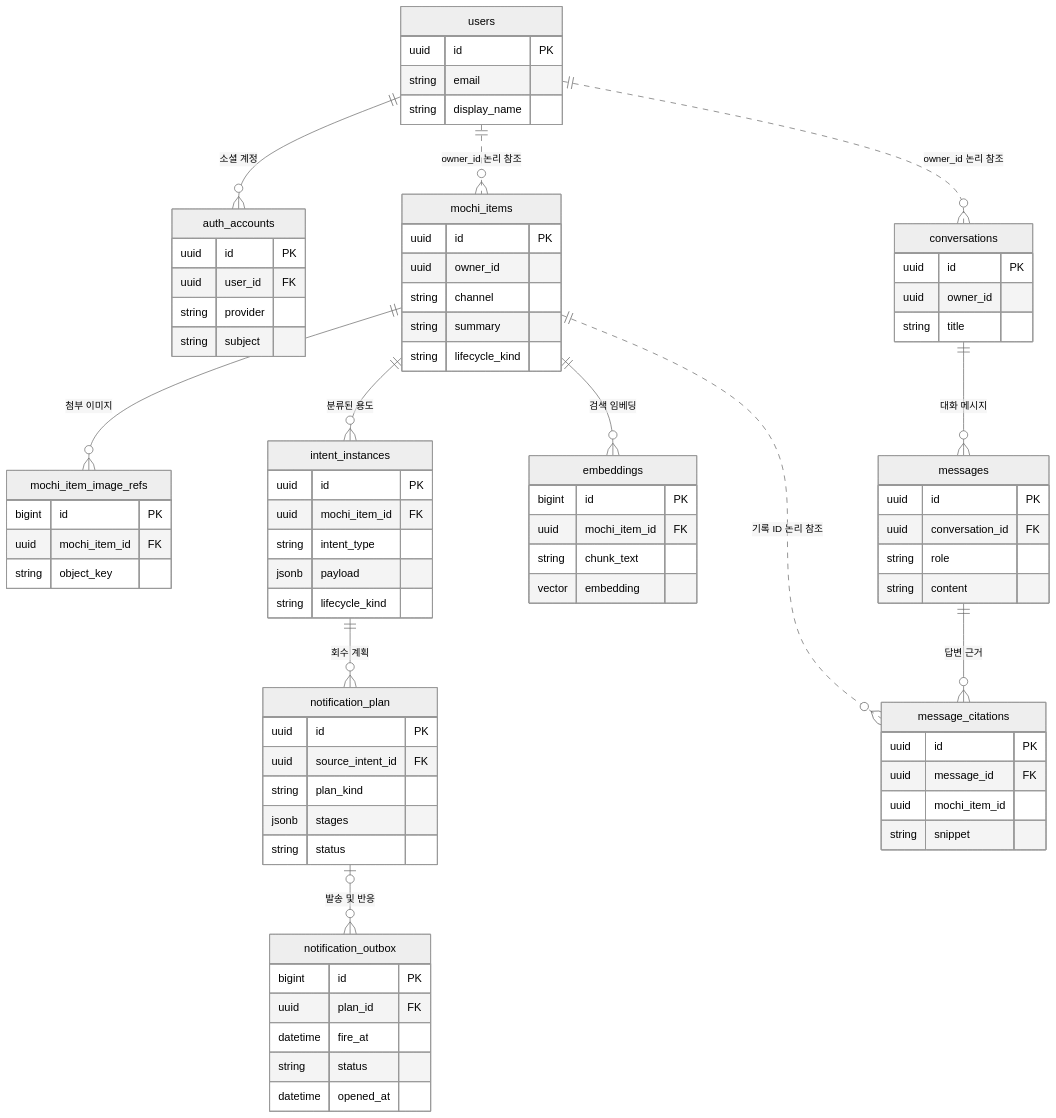
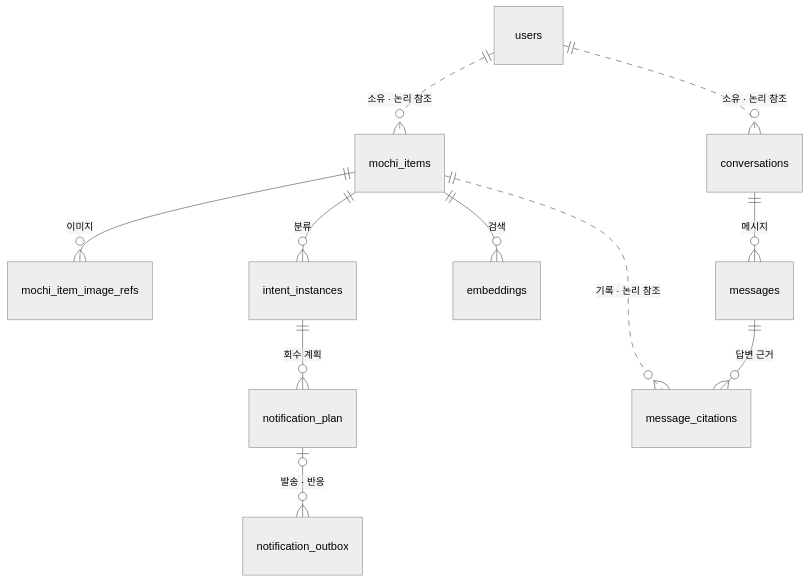
One commit to dku-mochi/mochi changed the second of 2 diagrams in README.md. Above: the diagram before and after it, drawn with Mermaid (neutral theme). The commit also changed other lines of this file, not shown here.

````diff
--- a/README.md
+++ b/README.md
@@ -180,82 +105,13 @@
 ```mermaid
 erDiagram
-    users ||--o{ auth_accounts : "소셜 계정"
-    users ||..o{ mochi_items : "owner_id 논리 참조"
-    users ||..o{ conversations : "owner_id 논리 참조"
-    mochi_items ||--o{ mochi_item_image_refs : "첨부 이미지"
-    mochi_items ||--o{ intent_instances : "분류된 용도"
-    mochi_items ||--o{ embeddings : "검색 임베딩"
+    users ||..o{ mochi_items : "소유 · 논리 참조"
+    users ||..o{ conversations : "소유 · 논리 참조"
+    mochi_items ||--o{ mochi_item_image_refs : "이미지"
+    mochi_items ||--o{ intent_instances : "분류"
+    mochi_items ||--o{ embeddings : "검색"
     intent_instances ||--o{ notification_plan : "회수 계획"
-    notification_plan o|--o{ notification_outbox : "발송 및 반응"
-    conversations ||--o{ messages : "대화 메시지"
+    notification_plan o|--o{ notification_outbox : "발송 · 반응"
+    conversations ||--o{ messages : "메시지"
     messages ||--o{ message_citations : "답변 근거"
-    mochi_items ||..o{ message_citations : "기록 ID 논리 참조"
-
-    users {
-        uuid id PK
-        string email
-        string display_name
-    }
-    auth_accounts {
-        uuid id PK
-        uuid user_id FK
-        string provider
-        string subject
-    }
-    mochi_items {
-        uuid id PK
-        uuid owner_id
-        string channel
-        string summary
-        string lifecycle_kind
-    }
-    mochi_item_image_refs {
-        bigint id PK
-        uuid mochi_item_id FK
-        string object_key
-    }
-    intent_instances {
-        uuid id PK
-        uuid mochi_item_id FK
-        string intent_type
-        jsonb payload
-        string lifecycle_kind
-    }
-    embeddings {
-        bigint id PK
-        uuid mochi_item_id FK
-        string chunk_text
-        vector embedding
-    }
-    conversations {
-        uuid id PK
-        uuid owner_id
-        string title
-    }
-    messages {
-        uuid id PK
-        uuid conversation_id FK
-        string role
-        string content
-    }
-    message_citations {
-        uuid id PK
-        uuid message_id FK
-        uuid mochi_item_id
-        string snippet
-    }
-    notification_plan {
-        uuid id PK
-        uuid source_intent_id FK
-        string plan_kind
-        jsonb stages
-        string status
-    }
-    notification_outbox {
-        bigint id PK
-        uuid plan_id FK
-        datetime fire_at
-        string status
-        datetime opened_at
-    }
+    mochi_items ||..o{ message_citations : "기록 · 논리 참조"
 ```
````
